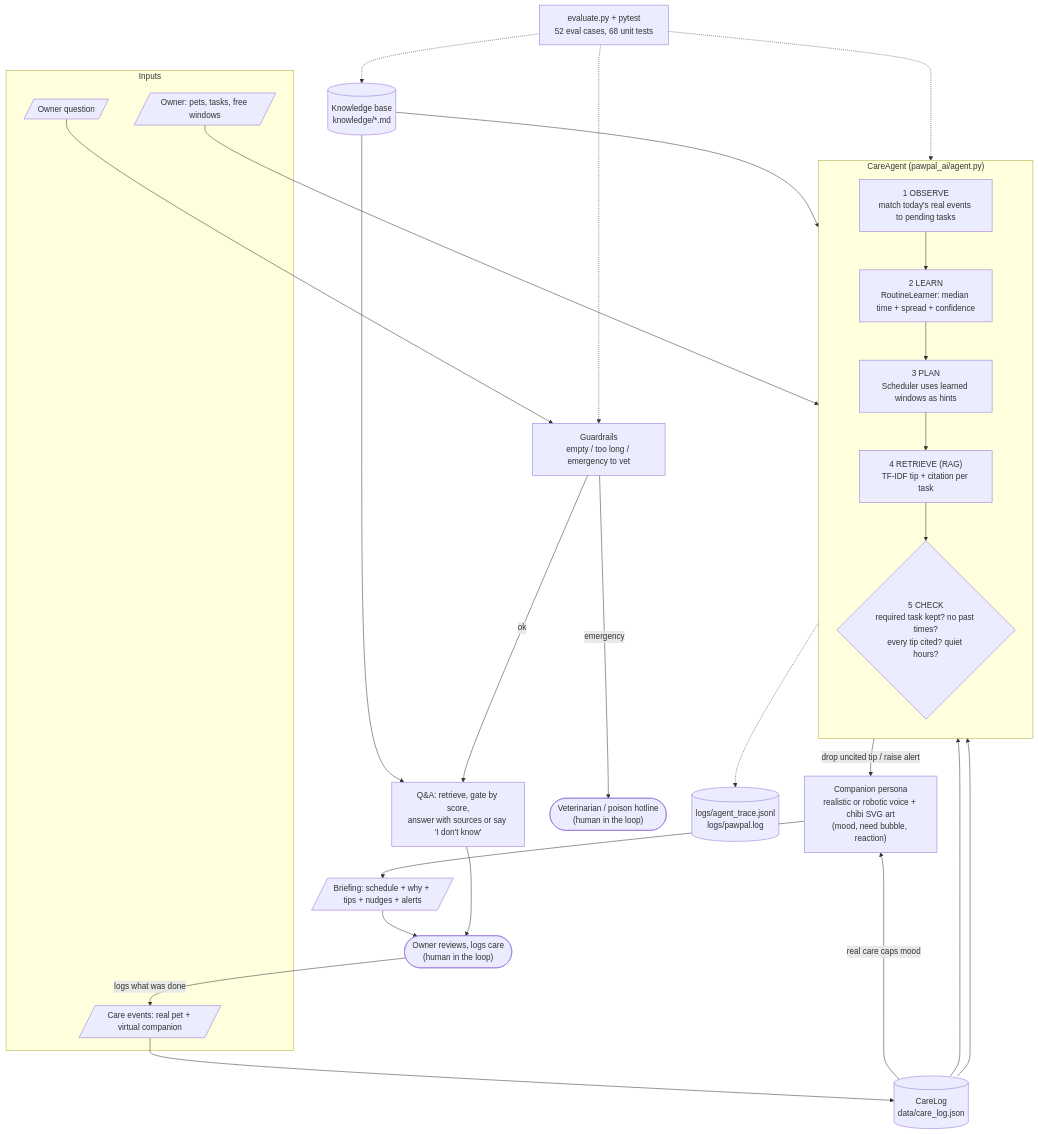
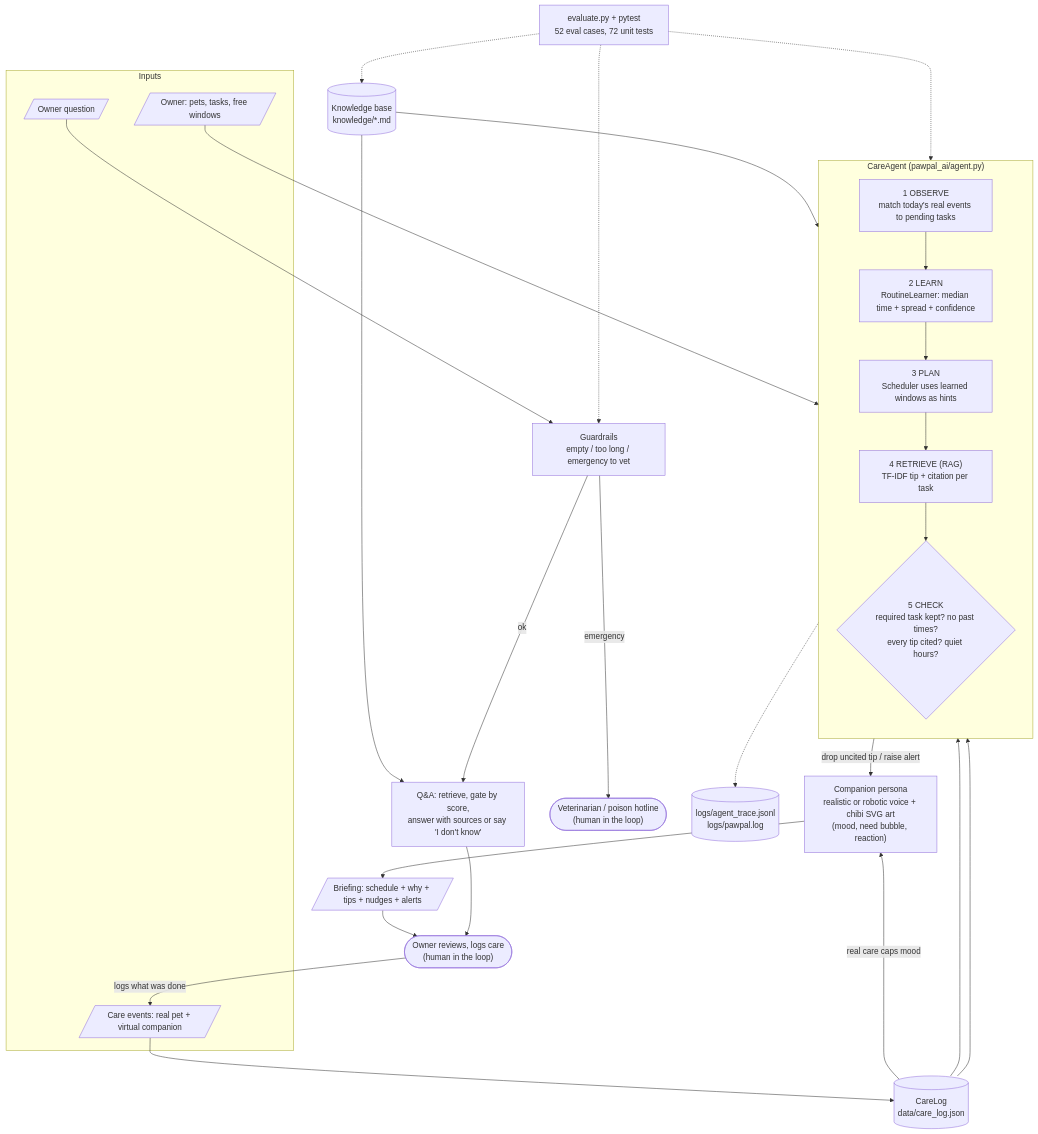
One commit to KJhenelle/applied-ai-system-project changed the diagram in diagrams/architecture.mmd. Above: the diagram before and after it, drawn with Mermaid.

Commit message:
Sync unit-test count in architecture diagram

```diff
--- a/diagrams/architecture.mmd
+++ b/diagrams/architecture.mmd
@@ -1,46 +1,46 @@
 flowchart TD
     subgraph Inputs
         OWNER[/"Owner: pets, tasks, free windows"/]
         EVENTS[/"Care events: real pet + virtual companion"/]
         QUESTION[/"Owner question"/]
     end
 
     LOG[("CareLog<br/>data/care_log.json")]
     KB[("Knowledge base<br/>knowledge/*.md")]
 
     subgraph Agent["CareAgent  (pawpal_ai/agent.py)"]
         direction TB
         OBS["1 OBSERVE<br/>match today's real events to pending tasks"]
         LEARN["2 LEARN<br/>RoutineLearner: median time + spread + confidence"]
         PLAN["3 PLAN<br/>Scheduler uses learned windows as hints"]
         RET["4 RETRIEVE (RAG)<br/>TF-IDF tip + citation per task"]
         CHECK{"5 CHECK<br/>required task kept? no past times?<br/>every tip cited? quiet hours?"}
         OBS --> LEARN --> PLAN --> RET --> CHECK
     end
 
     GUARD["Guardrails<br/>empty / too long / emergency to vet"]
     ASK["Q&A: retrieve, gate by score,<br/>answer with sources or say 'I don't know'"]
 
     COMP["Companion persona<br/>realistic or robotic voice + chibi SVG art<br/>(mood, need bubble, reaction)"]
     OUT[/"Briefing: schedule + why + tips + nudges + alerts"/]
     VET(["Veterinarian / poison hotline<br/>(human in the loop)"])
     OWNERCHECK(["Owner reviews, logs care<br/>(human in the loop)"])
     TRACE[("logs/agent_trace.jsonl<br/>logs/pawpal.log")]
-    EVAL["evaluate.py + pytest<br/>52 eval cases, 68 unit tests"]
+    EVAL["evaluate.py + pytest<br/>52 eval cases, 72 unit tests"]
 
     OWNER --> OBS
     EVENTS --> LOG --> OBS
     LOG --> LEARN
     KB --> RET
     KB --> ASK
     QUESTION --> GUARD
     GUARD -- "ok" --> ASK
     GUARD -- "emergency" --> VET
     LOG -- "real care caps mood" --> COMP
     CHECK -- "drop uncited tip / raise alert" --> COMP --> OUT --> OWNERCHECK
     ASK --> OWNERCHECK
     OWNERCHECK -- "logs what was done" --> EVENTS
     Agent -.-> TRACE
     EVAL -.-> Agent
     EVAL -.-> GUARD
     EVAL -.-> KB
```
